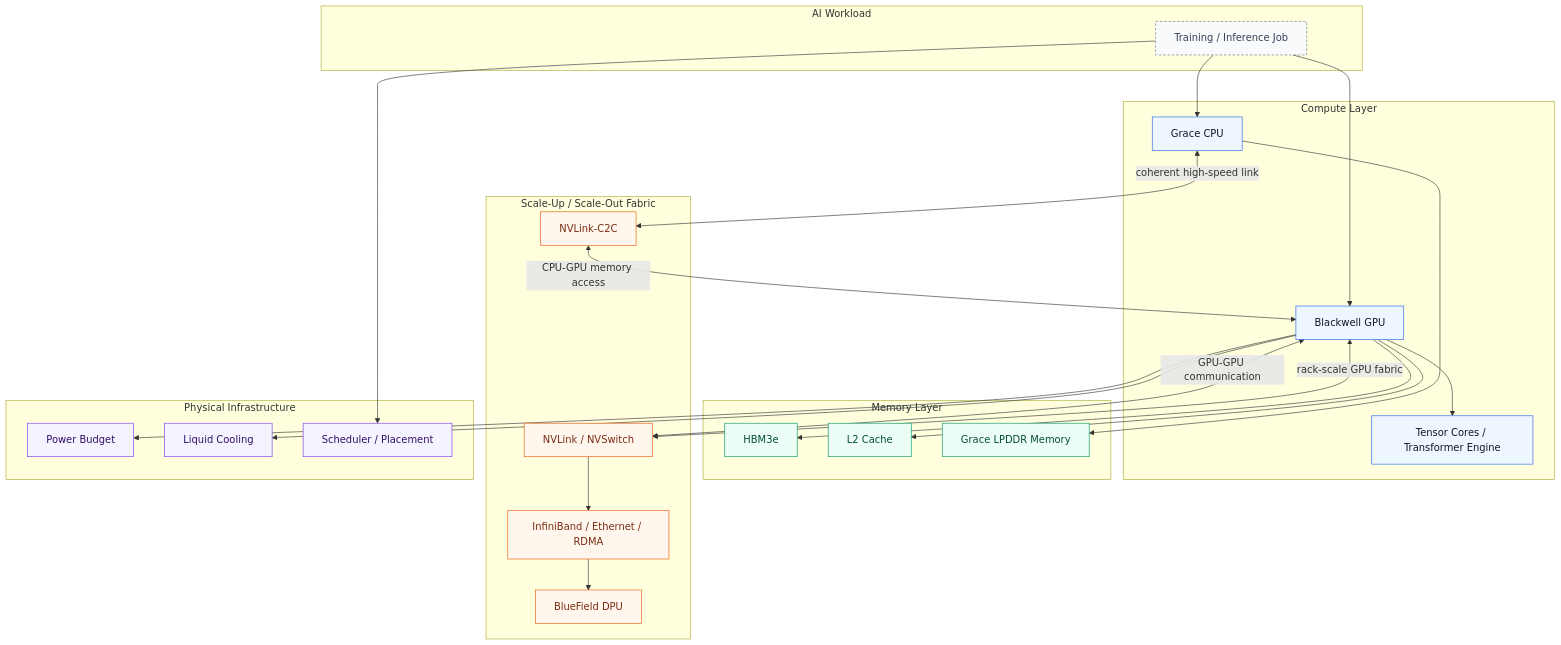
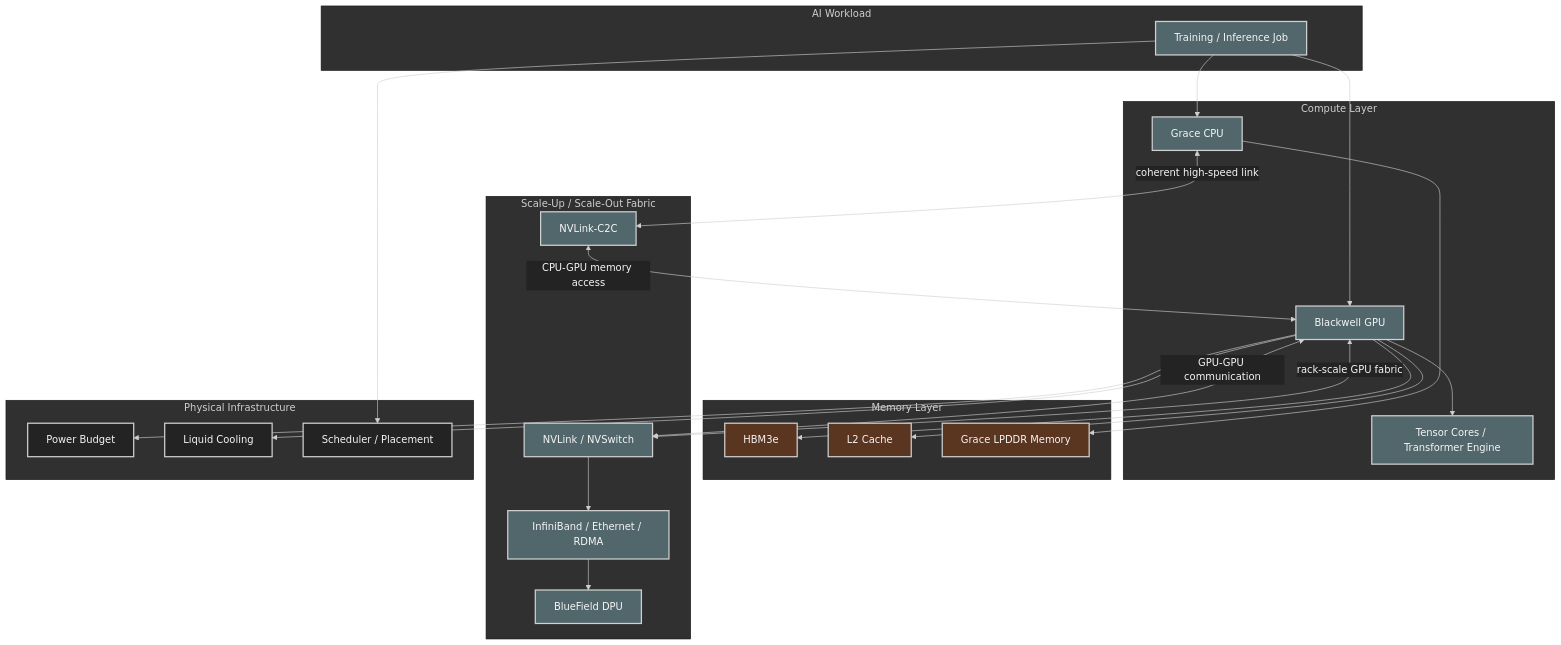
The first of 15 diagrams in ai-system-performance-engineering/chap02/README.md (ziwon/ai-data-center-network), drawn with Mermaid before and after one commit. The commit also changed other lines of this file and 35 other files, not shown here.

Commit message:
docs(mermaid): apply dark diagram style

````diff
--- a/ai-system-performance-engineering/chap02/README.md
+++ b/ai-system-performance-engineering/chap02/README.md
@@ -57,53 +57,54 @@
 ```mermaid
+%%{init: {"theme": "base", "themeVariables": {"background": "#171717", "primaryColor": "#232323", "primaryTextColor": "#f5f5f5", "primaryBorderColor": "#d0d0d0", "lineColor": "#cfcfcf", "fontFamily": "Inter, Arial, sans-serif"}}}%%
 flowchart TB
-    classDef compute fill:#eef6ff,stroke:#2563eb,stroke-width:1px,color:#0f172a
-    classDef memory fill:#ecfdf5,stroke:#059669,stroke-width:1px,color:#064e3b
-    classDef network fill:#fff7ed,stroke:#ea580c,stroke-width:1px,color:#7c2d12
-    classDef infra fill:#f5f3ff,stroke:#7c3aed,stroke-width:1px,color:#2e1065
-    classDef note fill:#f8fafc,stroke:#64748b,stroke-dasharray:4 3,color:#334155
+    classDef compute fill:#52676b,stroke:#d0d0d0,color:#f5f5f5,stroke-width:2px;
+    classDef memory fill:#5a3520,stroke:#d0d0d0,color:#f5f5f5,stroke-width:2px;
+    classDef network fill:#52676b,stroke:#d0d0d0,color:#f5f5f5,stroke-width:2px;
+    classDef infra fill:#232323,stroke:#d0d0d0,color:#f5f5f5,stroke-width:2px;
+    classDef note fill:#52676b,stroke:#d0d0d0,color:#f5f5f5,stroke-width:2px;
 
     subgraph Workload["AI Workload"]
         T[Training / Inference Job]:::note
     end
 
     subgraph Compute["Compute Layer"]
         CPU[Grace CPU]:::compute
         GPU[Blackwell GPU]:::compute
         TC[Tensor Cores / Transformer Engine]:::compute
     end
 
     subgraph Memory["Memory Layer"]
         HBM[HBM3e]:::memory
         L2[L2 Cache]:::memory
         LPDDR[Grace LPDDR Memory]:::memory
     end
 
     subgraph Network["Scale-Up / Scale-Out Fabric"]
         C2C[NVLink-C2C]:::network
         NVL[NVLink / NVSwitch]:::network
         IB[InfiniBand / Ethernet / RDMA]:::network
         DPU[BlueField DPU]:::network
     end
 
     subgraph Facility["Physical Infrastructure"]
         PWR[Power Budget]:::infra
         COOL[Liquid Cooling]:::infra
         SCHED[Scheduler / Placement]:::infra
     end
 
     T --> CPU
     T --> GPU
     GPU --> TC
     GPU --> HBM
     GPU --> L2
     CPU --> LPDDR
     CPU <-->|coherent high-speed link| C2C
     C2C <-->|CPU-GPU memory access| GPU
     GPU <-->|GPU-GPU communication| NVL
     NVL <-->|rack-scale GPU fabric| GPU
     NVL --> IB
     IB --> DPU
     GPU --> PWR
     GPU --> COOL
     T --> SCHED
 ```
````
